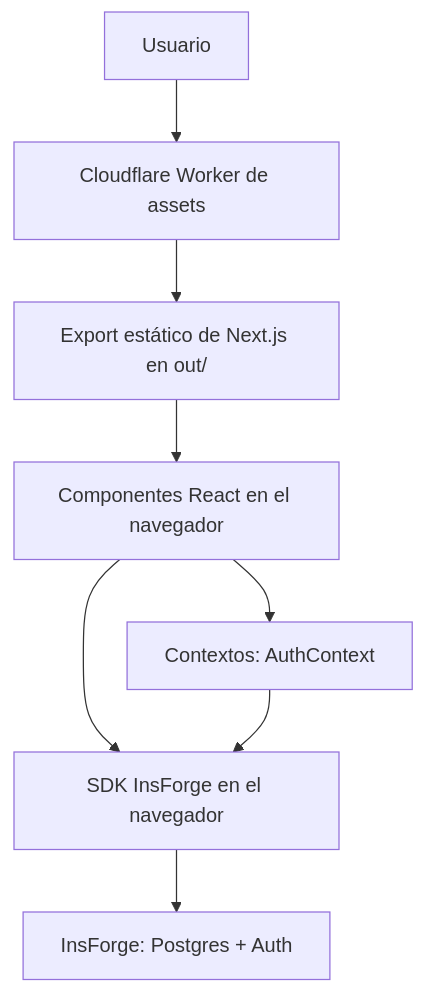
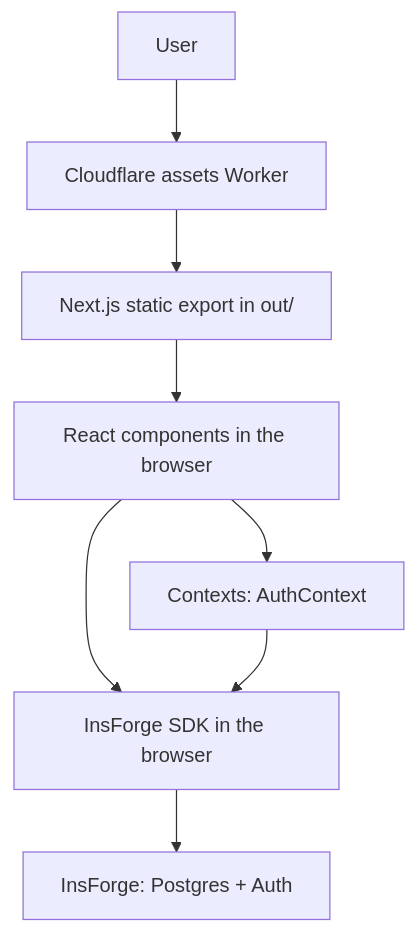
One commit to PabloJustDevelops/TravelPal changed the diagram in docs/ARCHITECTURE.md. Above: the diagram before and after it, drawn with Mermaid. The commit also changed other lines of this file and 43 other files, not shown here.

````diff
--- a/docs/ARCHITECTURE.md
+++ b/docs/ARCHITECTURE.md
@@ -43,10 +43,10 @@
 ```mermaid
 graph TB
-    A[Usuario] --> B[Cloudflare Worker de assets]
-    B --> C[Export estático de Next.js en out/]
-    C --> D[Componentes React en el navegador]
-    D --> E[Contextos: AuthContext]
-    D --> F[SDK InsForge en el navegador]
+    A[User] --> B[Cloudflare assets Worker]
+    B --> C[Next.js static export in out/]
+    C --> D[React components in the browser]
+    D --> E[Contexts: AuthContext]
+    D --> F[InsForge SDK in the browser]
     E --> F
     F --> G[InsForge: Postgres + Auth]
 ```
````
